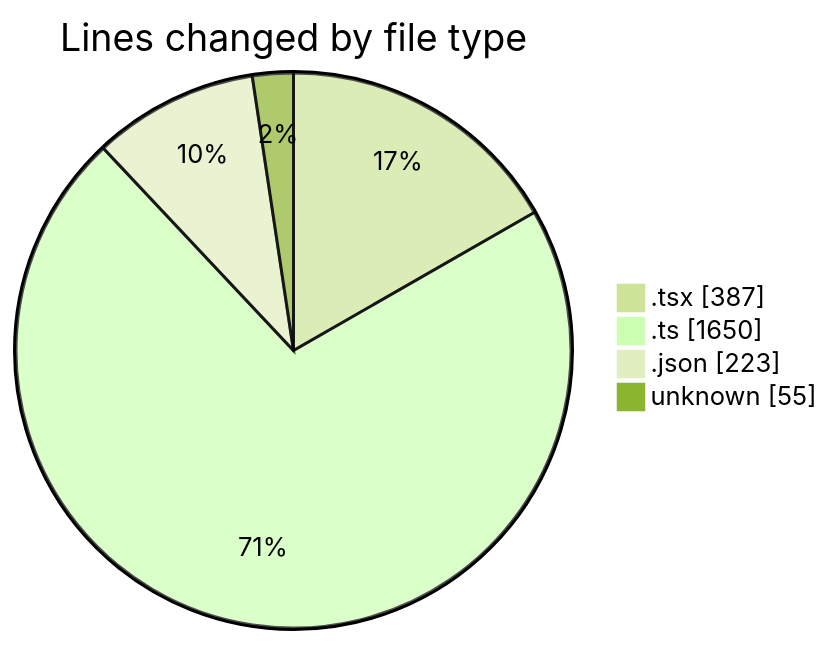
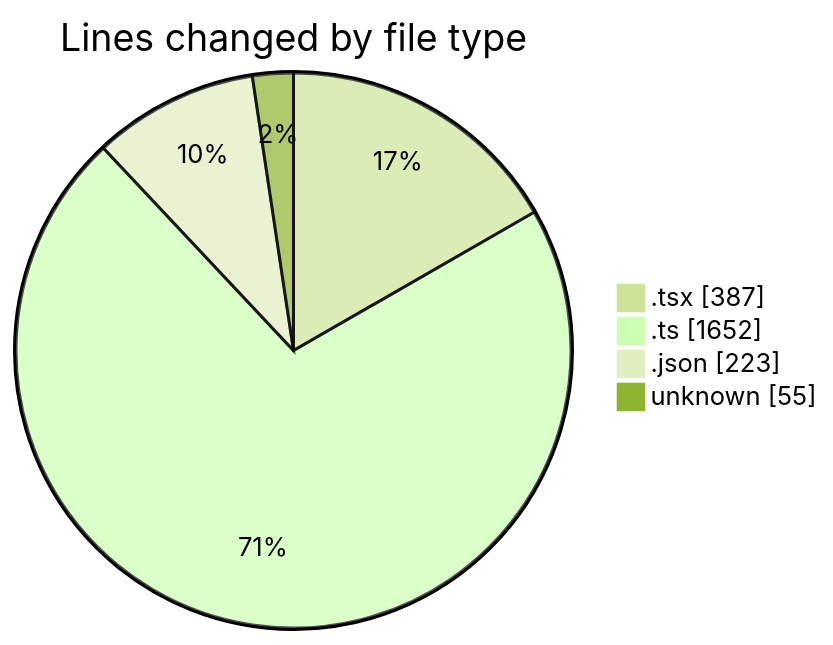
The first of 2 diagrams in 2025-10-21/cda/README.md (momahboobian/code-tracking), drawn with Mermaid (forest theme) before and after one commit. The commit also changed other lines of this file and 1 other file, not shown here.

````diff
--- a/2025-10-21/cda/README.md
+++ b/2025-10-21/cda/README.md
@@ -30,8 +30,8 @@
 ```mermaid
 pie showData
 title Lines changed by file type
 ".tsx" : 387
-".ts" : 1650
+".ts" : 1652
 ".json" : 223
 "unknown" : 55
 ```
````
